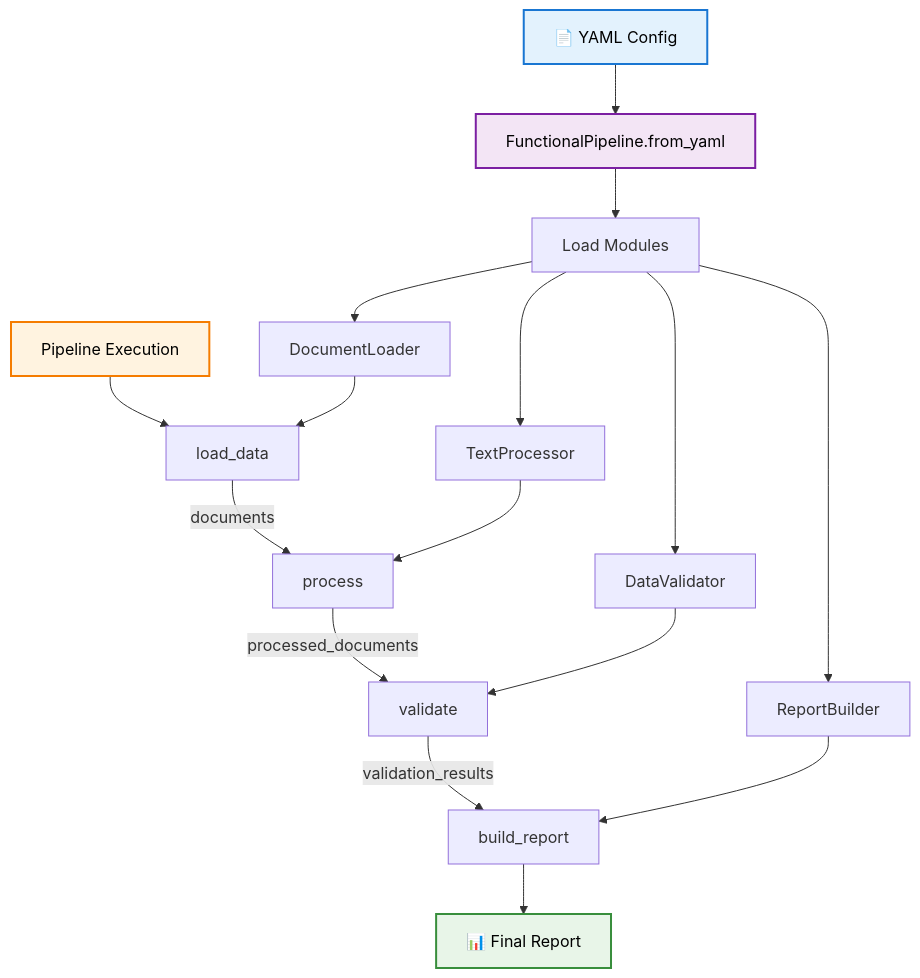
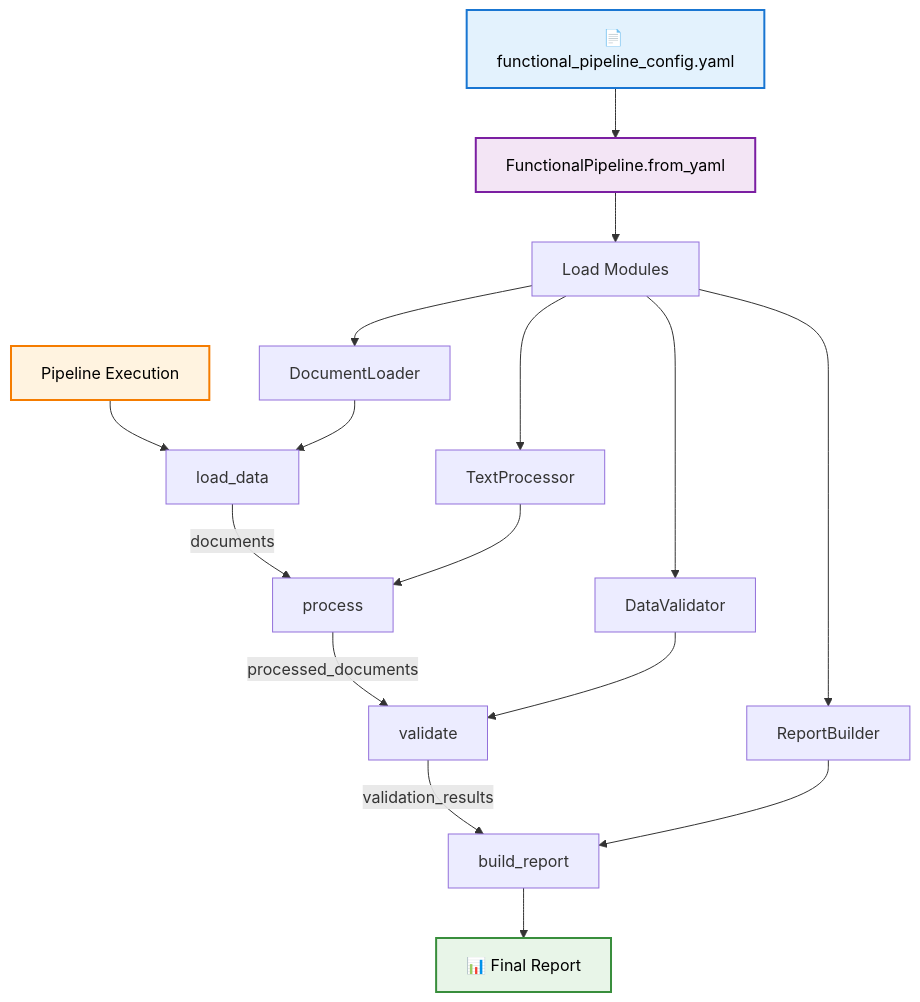
Before and after one commit to Rkomi98/Datapizza: the fifth of 5 diagrams in DatapizzAI/PizzAI/Pipeline/README_PIPELINE_GUIDE.md, drawn with Mermaid. The commit also changed other lines of this file and 3 other files, not shown here.

````diff
--- a/DatapizzAI/PizzAI/Pipeline/README_PIPELINE_GUIDE.md
+++ b/DatapizzAI/PizzAI/Pipeline/README_PIPELINE_GUIDE.md
@@ -545,26 +584,26 @@
 ```mermaid
 graph TD
-    A[📄 YAML Config] --> B[FunctionalPipeline.from_yaml]
+    A[📄 functional_pipeline_config.yaml] --> B[FunctionalPipeline.from_yaml]
     B --> C[Load Modules]
     C --> D[DocumentLoader]
     C --> E[TextProcessor] 
     C --> F[DataValidator]
     C --> G[ReportBuilder]
     
     H[Pipeline Execution] --> I[load_data]
     I -->|documents| J[process]
     J -->|processed_documents| K[validate]
     K -->|validation_results| L[build_report]
     
     D --> I
     E --> J
     F --> K
     G --> L
     
     L --> M[📊 Final Report]
     
     style A fill:#e3f2fd,stroke:#1976d2,stroke-width:2px,color:#000
     style B fill:#f3e5f5,stroke:#7b1fa2,stroke-width:2px,color:#000
     style H fill:#fff3e0,stroke:#f57c00,stroke-width:2px,color:#000
     style M fill:#e8f5e8,stroke:#388e3c,stroke-width:2px,color:#000
 ```
````
